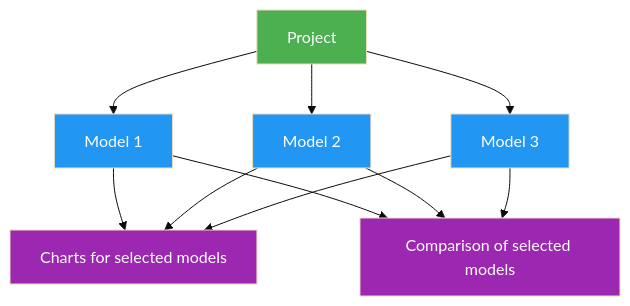
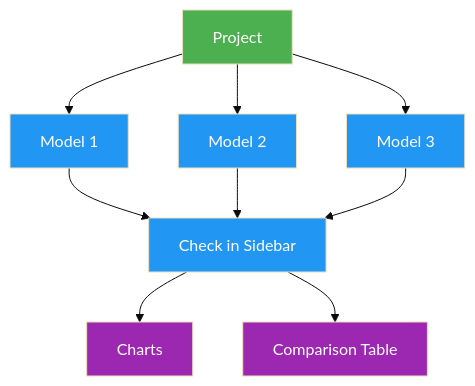
One commit to ultralytics/ultralytics changed the diagram in docs/en/platform/train/projects.md. Above: the diagram before and after it, drawn with Mermaid (base theme). The commit also changed 1 other file, not shown here.

Commit message:
show the model selection step and name the deploy stage alternatives

````diff
--- a/docs/en/platform/train/projects.md
+++ b/docs/en/platform/train/projects.md
@@ -13,16 +13,15 @@
 ```mermaid
 graph TB
     P[Project]:::start --> M1[Model 1]:::proc
     P --> M2[Model 2]:::proc
     P --> M3[Model 3]:::proc
-    M1 --> C[Charts for selected models]:::out
-    M2 --> C
-    M3 --> C
-    M1 --> T[Comparison of selected models]:::out
-    M2 --> T
-    M3 --> T
+    M1 --> S[Check in Sidebar]:::proc
+    M2 --> S
+    M3 --> S
+    S --> C[Charts]:::out
+    S --> T[Comparison Table]:::out
 
     classDef start fill:#4CAF50,color:#fff
     classDef proc fill:#2196F3,color:#fff
     classDef out fill:#9C27B0,color:#fff
 ```
````
